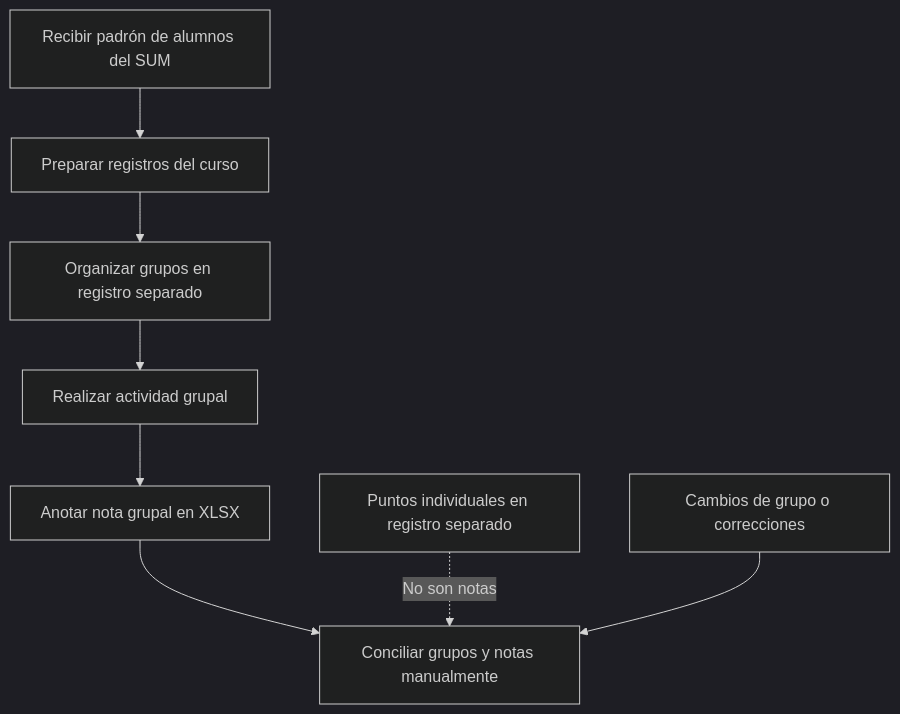
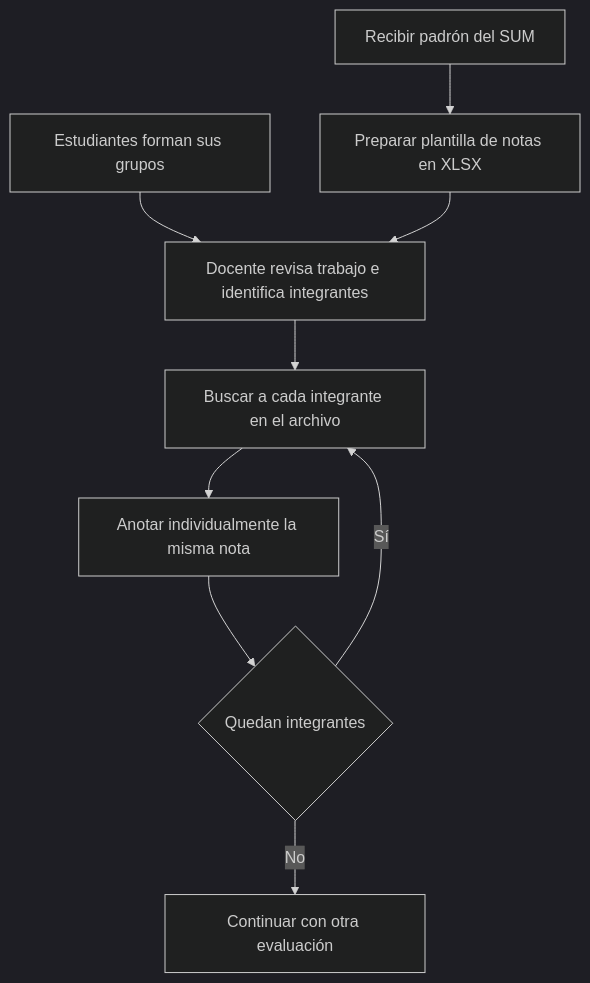
Before and after one commit to NickSalA/portfolio-course: the first of 2 diagrams in development/09-anexos.md, drawn with Mermaid (dark theme). The commit also changed other lines of this file and 9 other files, not shown here.

````diff
--- a/development/09-anexos.md
+++ b/development/09-anexos.md
@@ -9,10 +5,11 @@
 ```mermaid
 flowchart TB
-    A[Recibir padrón de alumnos del SUM] --> B[Preparar registros del curso]
-    B --> C[Organizar grupos en registro separado]
-    C --> D[Realizar actividad grupal]
-    D --> E[Anotar nota grupal en XLSX]
-    E --> F[Conciliar grupos y notas manualmente]
-    P[Puntos individuales en registro separado] -. No son notas .-> F
-    T[Cambios de grupo o correcciones] --> F
+    A[Recibir padrón del SUM] --> B[Preparar plantilla de notas en XLSX]
+    C[Estudiantes forman sus grupos] --> D[Docente revisa trabajo e identifica integrantes]
+    B --> D
+    D --> E[Buscar a cada integrante en el archivo]
+    E --> F[Anotar individualmente la misma nota]
+    F --> G{Quedan integrantes}
+    G -->|Sí| E
+    G -->|No| H[Continuar con otra evaluación]
 ```
````
